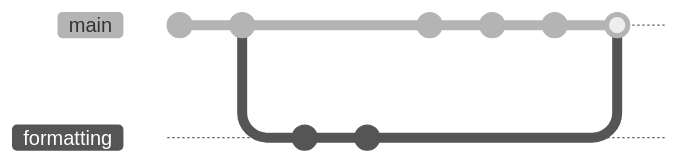
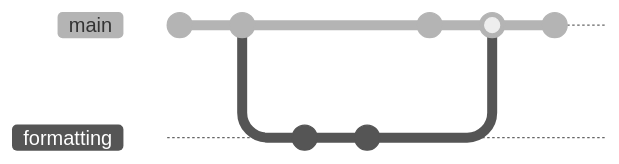
Before and after one commit to zaesa/DataTrain-2022-OT-ST-WS-06: the seventh of 7 diagrams in README.md, drawn with Mermaid. The commit also changed other lines of this file and 1 other file, not shown here. Commit ids are hidden.

Commit message:
add merge conflicts to chapter 4

````diff
--- a/README.md
+++ b/README.md
@@ -297,15 +349,14 @@
 ```mermaid
 %%{init: { 'theme': 'neutral' } }%%
 gitGraph
    commit id: "my first commit"
    commit
    branch formatting
    commit
    checkout formatting
    commit
    checkout main
    commit
+   merge formatting
    commit
-   commit
-   merge formatting
 ```
````
